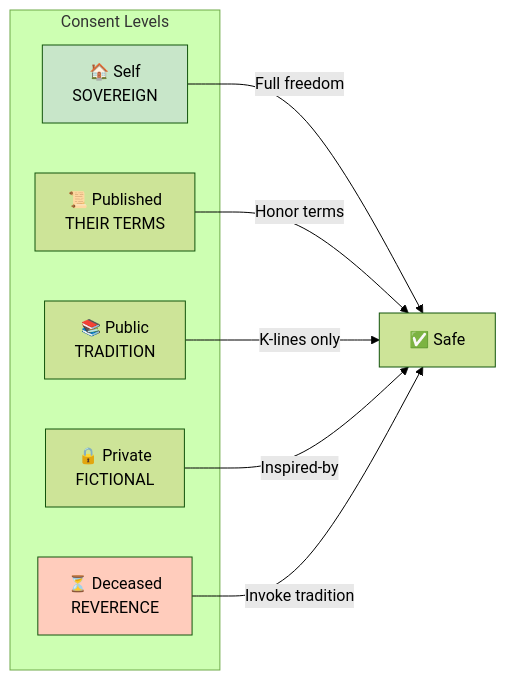
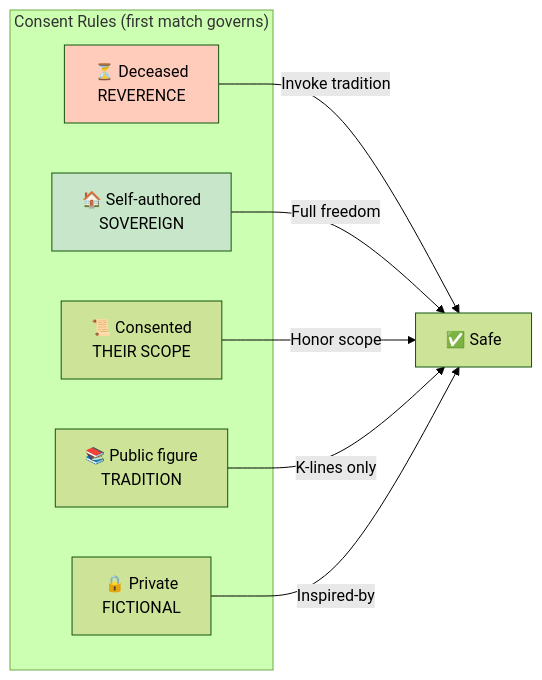
The third of 7 diagrams in skills/representation-ethics/README.md (SimHacker/moollm), drawn with Mermaid (forest theme) before and after one commit. The commit also changed other lines of this file and 25 other files, not shown here.

````diff
--- a/skills/representation-ethics/README.md
+++ b/skills/representation-ethics/README.md
@@ -161,19 +161,19 @@
 ```mermaid
 flowchart LR
-    subgraph CONSENT["Consent Levels"]
-        L1[🏠 Self<br/>SOVEREIGN]
-        L2[📜 Published<br/>THEIR TERMS]
-        L3[📚 Public<br/>TRADITION]
+    subgraph CONSENT["Consent Rules (first match governs)"]
+        L5[⏳ Deceased<br/>REVERENCE]
+        L1[🏠 Self-authored<br/>SOVEREIGN]
+        L2[📜 Consented<br/>THEIR SCOPE]
+        L3[📚 Public figure<br/>TRADITION]
         L4[🔒 Private<br/>FICTIONAL]
-        L5[⏳ Deceased<br/>REVERENCE]
     end
     
-    L1 --> |"Full freedom"|SAFE[✅ Safe]
-    L2 --> |"Honor terms"|SAFE
+    L5 --> |"Invoke tradition"|SAFE[✅ Safe]
+    L1 --> |"Full freedom"|SAFE
+    L2 --> |"Honor scope"|SAFE
     L3 --> |"K-lines only"|SAFE
     L4 --> |"Inspired-by"|SAFE
-    L5 --> |"Invoke tradition"|SAFE
     
     style L1 fill:#c8e6c9
     style L5 fill:#ffccbc
 ```
````
